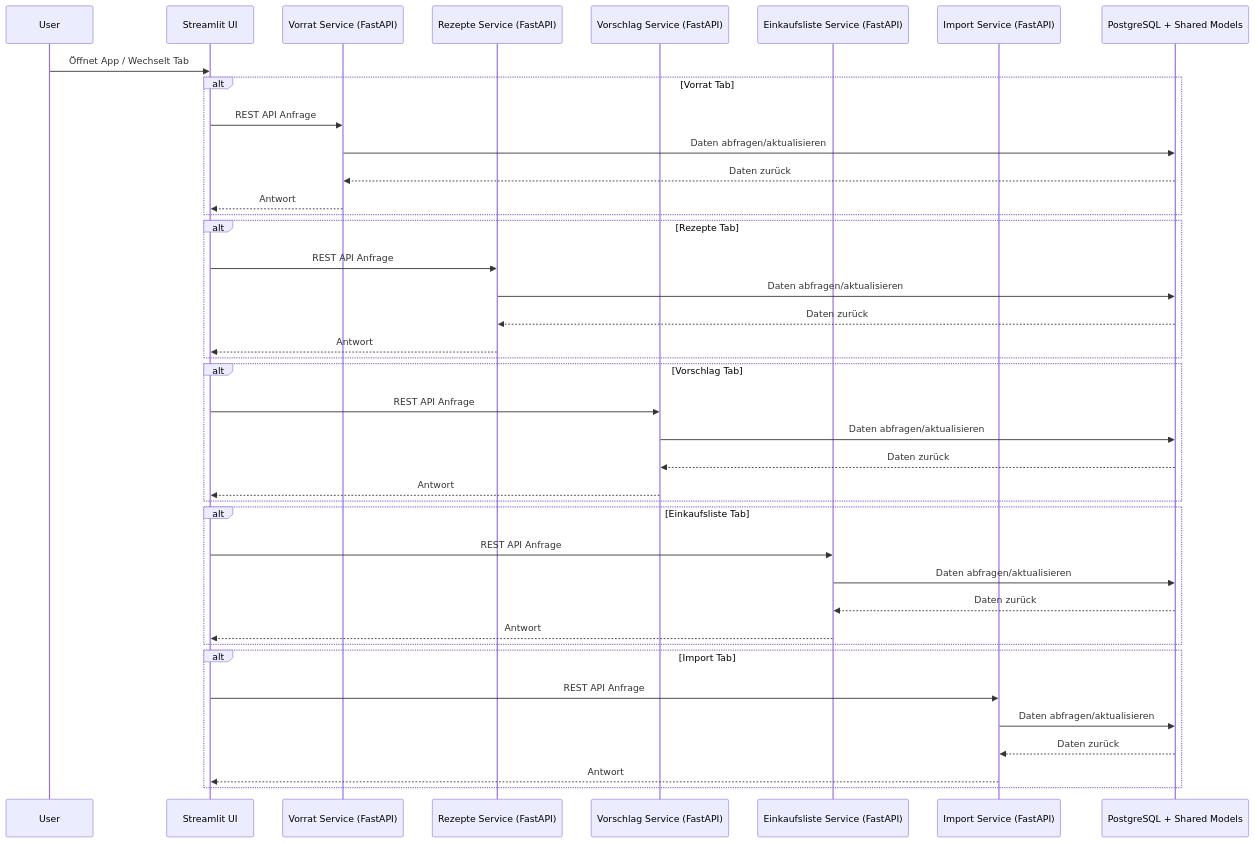
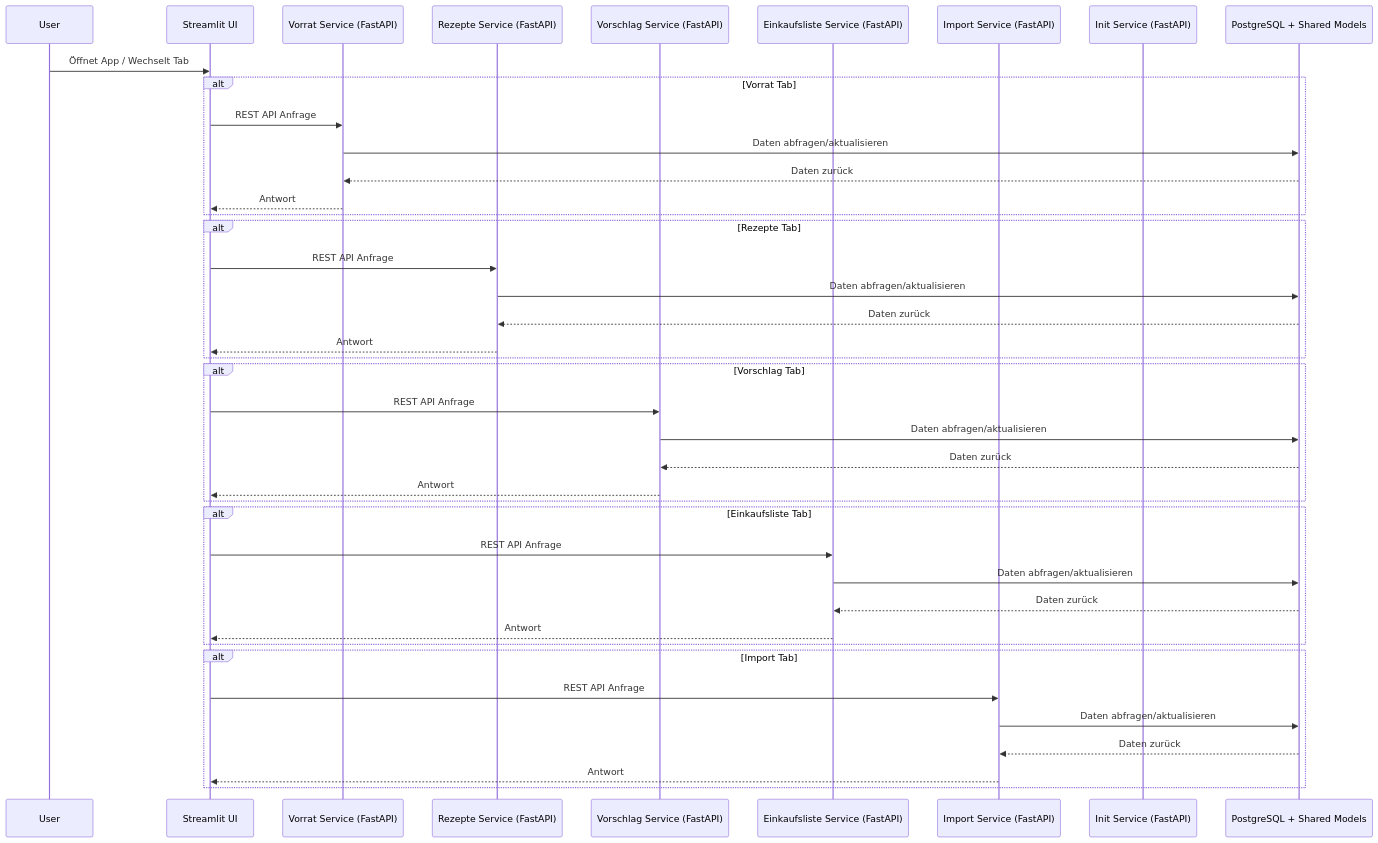
Before and after one commit to EikAlex/Kochbuch-APP: the second of 4 diagrams in README.md, drawn with Mermaid. The commit also changed other lines of this file, not shown here.

````diff
--- a/README.md
+++ b/README.md
@@ -246,47 +257,48 @@
 ```mermaid
 sequenceDiagram
     participant User
     participant Frontend as Streamlit UI
     participant VorratService as Vorrat Service (FastAPI)
     participant RezepteService as Rezepte Service (FastAPI)
     participant VorschlagService as Vorschlag Service (FastAPI)
     participant EinkaufslisteService as Einkaufsliste Service (FastAPI)
     participant ImportService as Import Service (FastAPI)
+    participant InitService as Init Service (FastAPI)
     participant DB as PostgreSQL + Shared Models
 
     User->>Frontend: Öffnet App / Wechselt Tab
     alt Vorrat Tab
         Frontend->>VorratService: REST API Anfrage
         VorratService->>DB: Daten abfragen/aktualisieren
         DB-->>VorratService: Daten zurück
         VorratService-->>Frontend: Antwort
     end
 
     alt Rezepte Tab
         Frontend->>RezepteService: REST API Anfrage
         RezepteService->>DB: Daten abfragen/aktualisieren
         DB-->>RezepteService: Daten zurück
         RezepteService-->>Frontend: Antwort
     end
 
     alt Vorschlag Tab
         Frontend->>VorschlagService: REST API Anfrage
         VorschlagService->>DB: Daten abfragen/aktualisieren
         DB-->>VorschlagService: Daten zurück
         VorschlagService-->>Frontend: Antwort
     end
 
     alt Einkaufsliste Tab
         Frontend->>EinkaufslisteService: REST API Anfrage
         EinkaufslisteService->>DB: Daten abfragen/aktualisieren
         DB-->>EinkaufslisteService: Daten zurück
         EinkaufslisteService-->>Frontend: Antwort
     end
 
     alt Import Tab
         Frontend->>ImportService: REST API Anfrage
         ImportService->>DB: Daten abfragen/aktualisieren
         DB-->>ImportService: Daten zurück
         ImportService-->>Frontend: Antwort
     end
 ```
````
